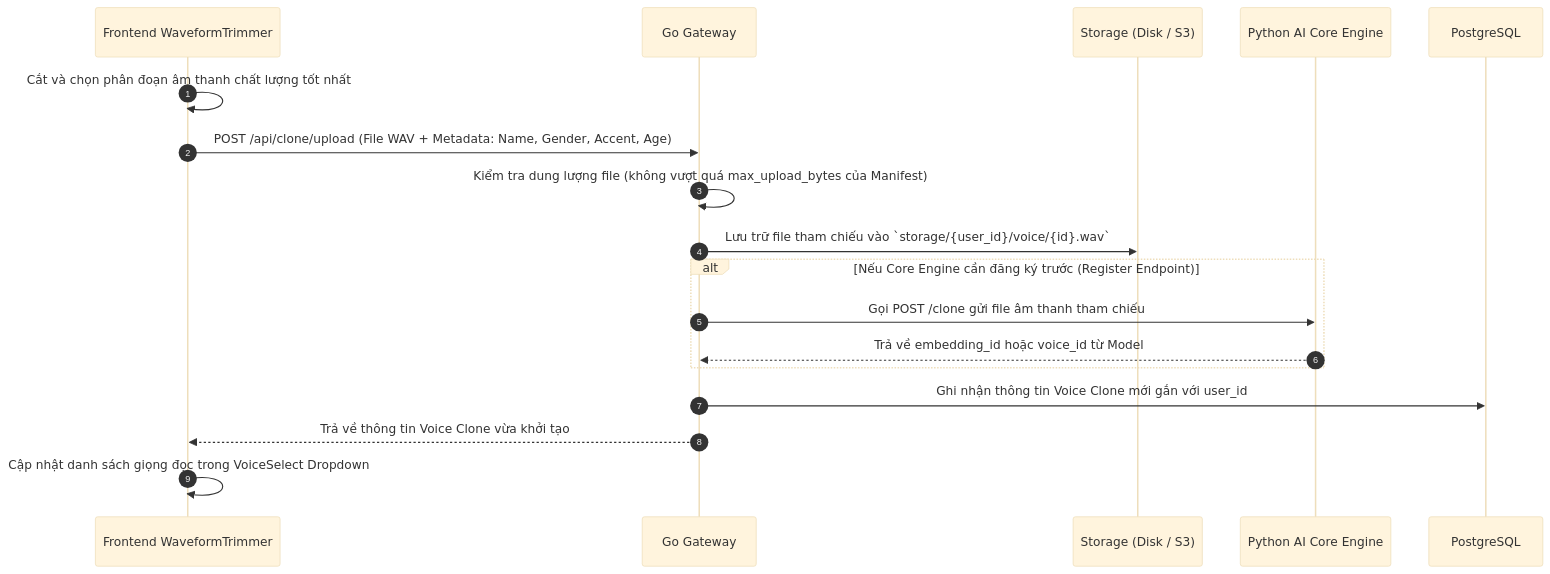
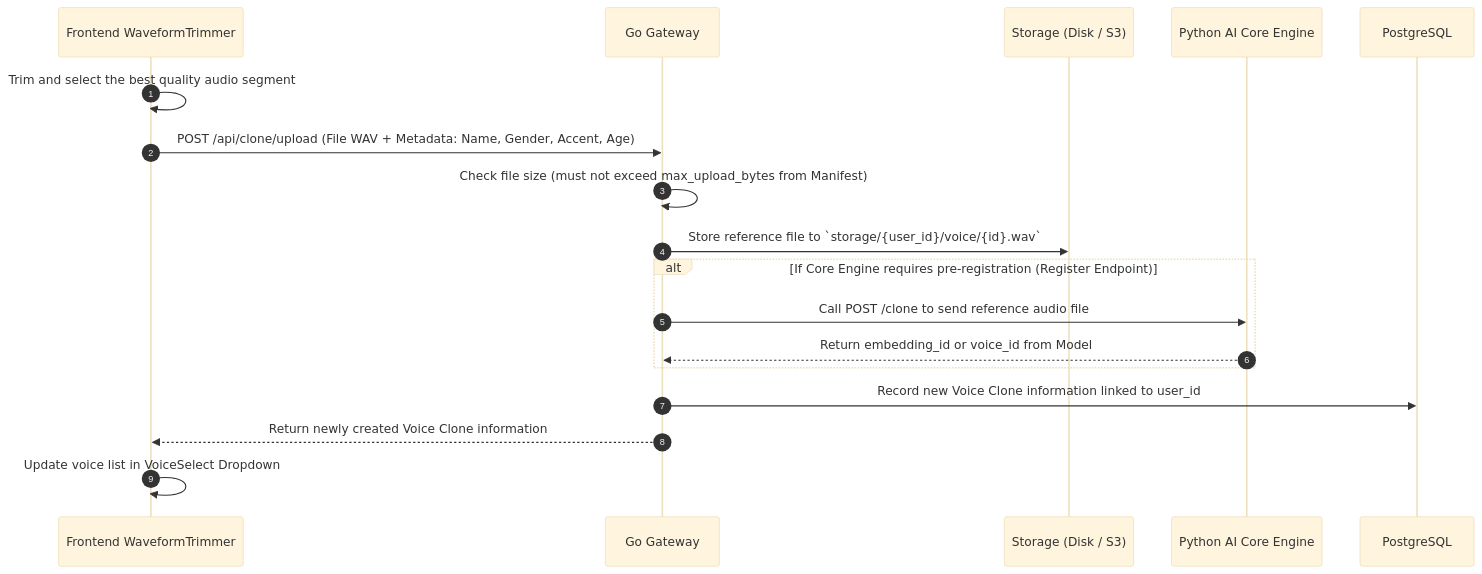
The fourth of 4 diagrams in docs/ARCHITECTURE.md (tranducwsp/better-tts-ui-studio), drawn with Mermaid (base theme) before and after one commit. The commit also changed other lines of this file and 16 other files, not shown here.

````diff
--- a/docs/ARCHITECTURE.md
+++ b/docs/ARCHITECTURE.md
@@ -139,23 +139,23 @@
 ```mermaid
 sequenceDiagram
     autonumber
     participant Client as Frontend WaveformTrimmer
     participant Gateway as Go Gateway
     participant Storage as Storage (Disk / S3)
     participant Python as Python AI Core Engine
     participant DB as PostgreSQL
 
-    Client->>Client: Cắt và chọn phân đoạn âm thanh chất lượng tốt nhất
+    Client->>Client: Trim and select the best quality audio segment
     Client->>Gateway: POST /api/clone/upload (File WAV + Metadata: Name, Gender, Accent, Age)
-    Gateway->>Gateway: Kiểm tra dung lượng file (không vượt quá max_upload_bytes của Manifest)
-    Gateway->>Storage: Lưu trữ file tham chiếu vào `storage/{user_id}/voice/{id}.wav`
+    Gateway->>Gateway: Check file size (must not exceed max_upload_bytes from Manifest)
+    Gateway->>Storage: Store reference file to `storage/{user_id}/voice/{id}.wav`
     
-    alt Nếu Core Engine cần đăng ký trước (Register Endpoint)
-        Gateway->>Python: Gọi POST /clone gửi file âm thanh tham chiếu
-        Python-->>Gateway: Trả về embedding_id hoặc voice_id từ Model
+    alt If Core Engine requires pre-registration (Register Endpoint)
+        Gateway->>Python: Call POST /clone to send reference audio file
+        Python-->>Gateway: Return embedding_id or voice_id from Model
     end
 
-    Gateway->>DB: Ghi nhận thông tin Voice Clone mới gắn với user_id
-    Gateway-->>Client: Trả về thông tin Voice Clone vừa khởi tạo
-    Client->>Client: Cập nhật danh sách giọng đọc trong VoiceSelect Dropdown
+    Gateway->>DB: Record new Voice Clone information linked to user_id
+    Gateway-->>Client: Return newly created Voice Clone information
+    Client->>Client: Update voice list in VoiceSelect Dropdown
 ```
````
